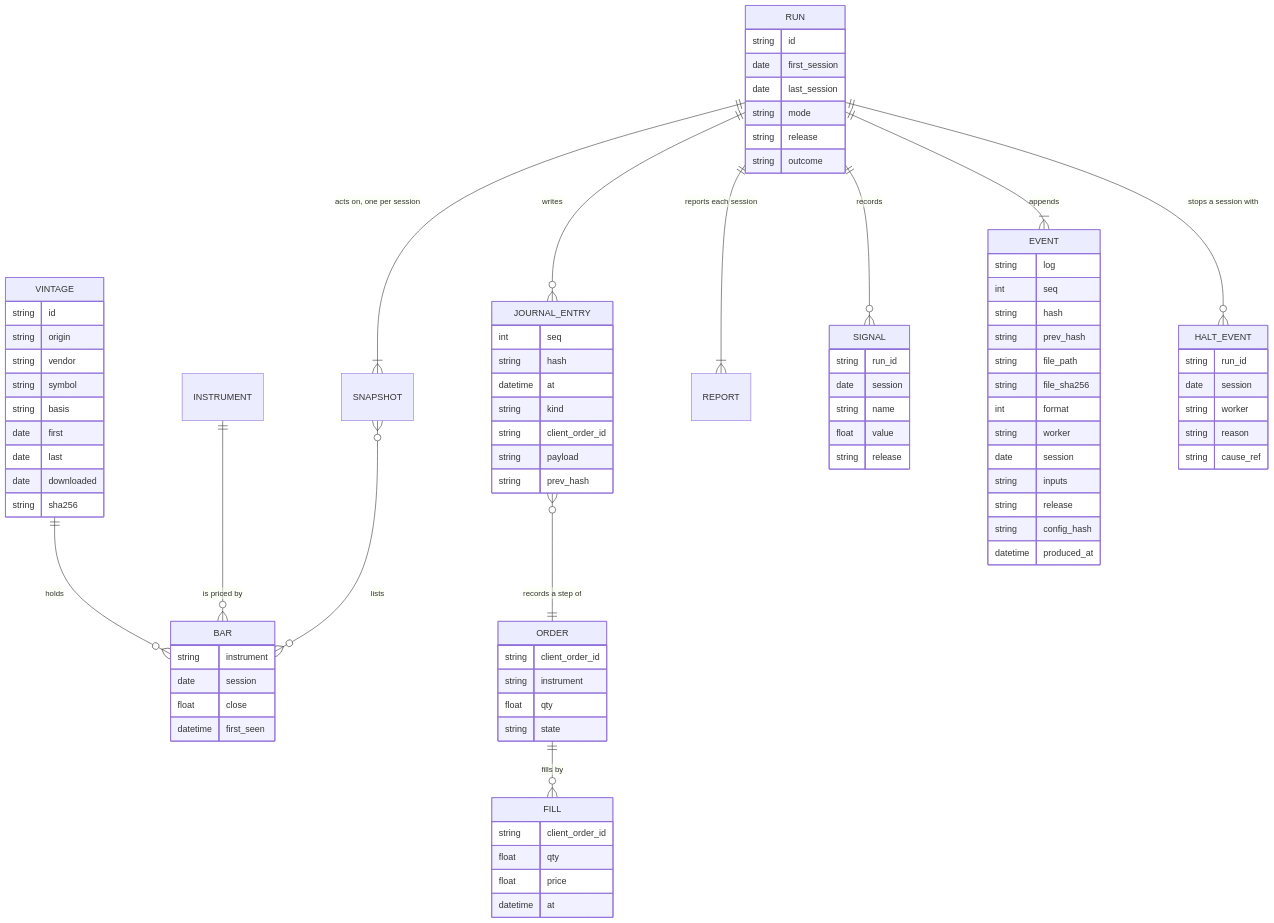
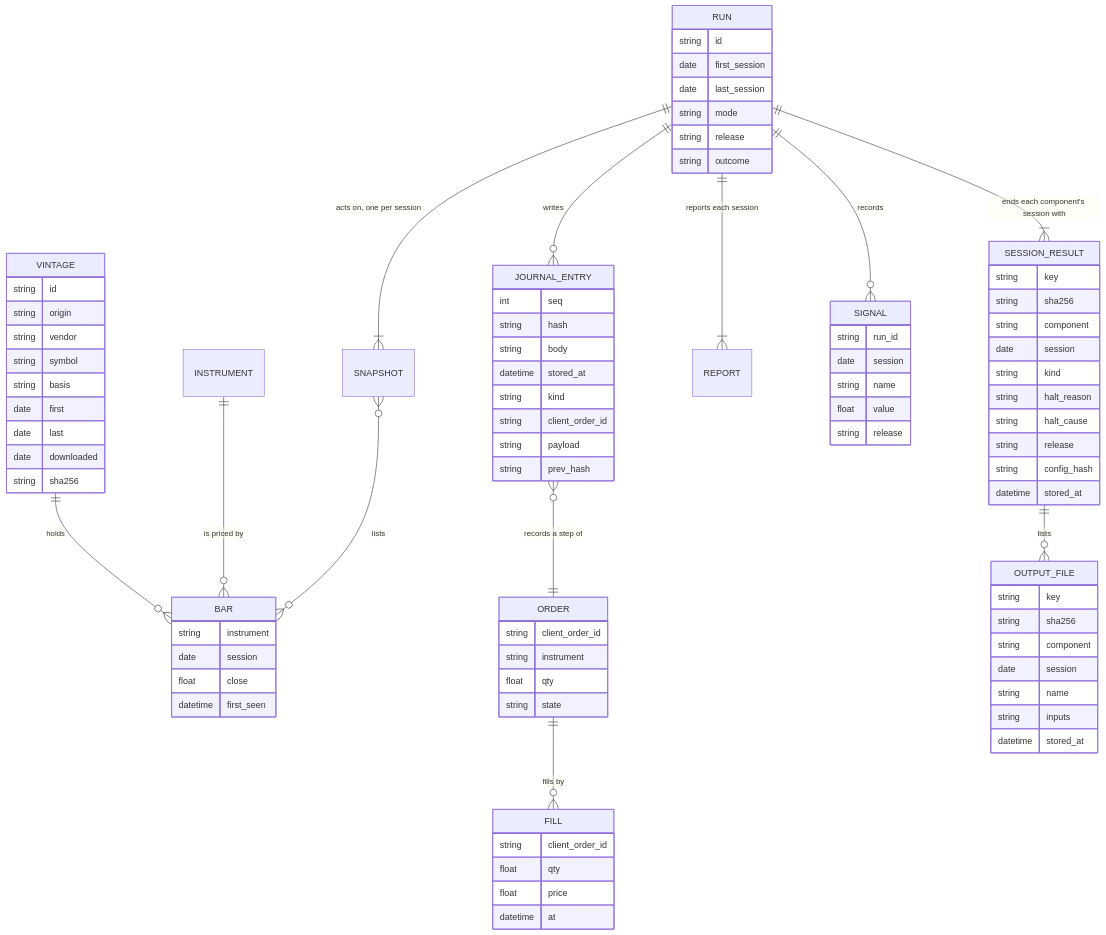
One commit to l3a0/ithildin-runtime changed diagram 14 of 16 in docs/architecture.md. Above: the diagram before and after it, drawn with Mermaid. The commit also changed other lines of this file and 1 other file, not shown here.

```diff
--- a/docs/architecture.md
+++ b/docs/architecture.md
@@ -1254,8 +1265,8 @@
     ORDER ||--o{ FILL : "fills by"
     RUN ||--|{ REPORT : "reports each session"
     RUN ||--o{ SIGNAL : "records"
-    RUN ||--|{ EVENT : "appends"
-    RUN ||--o{ HALT_EVENT : "stops a session with"
+    RUN ||--|{ SESSION_RESULT : "ends each component's session with"
+    SESSION_RESULT ||--o{ OUTPUT_FILE : "lists"
 
     VINTAGE {
         string id
@@ -1289,32 +1300,32 @@
         float value
         string release
     }
-    EVENT {
-        string log
-        int seq
-        string hash
-        string prev_hash
-        string file_path
-        string file_sha256
-        int format
-        string worker
+    SESSION_RESULT {
+        string key
+        string sha256
+        string component
         date session
-        string inputs
+        string kind
+        string halt_reason
+        string halt_cause
         string release
         string config_hash
-        datetime produced_at
+        datetime stored_at
     }
-    HALT_EVENT {
-        string run_id
+    OUTPUT_FILE {
+        string key
+        string sha256
+        string component
         date session
-        string worker
-        string reason
-        string cause_ref
+        string name
+        string inputs
+        datetime stored_at
     }
     JOURNAL_ENTRY {
         int seq
         string hash
-        datetime at
+        string body
+        datetime stored_at
         string kind
         string client_order_id
         string payload
```
